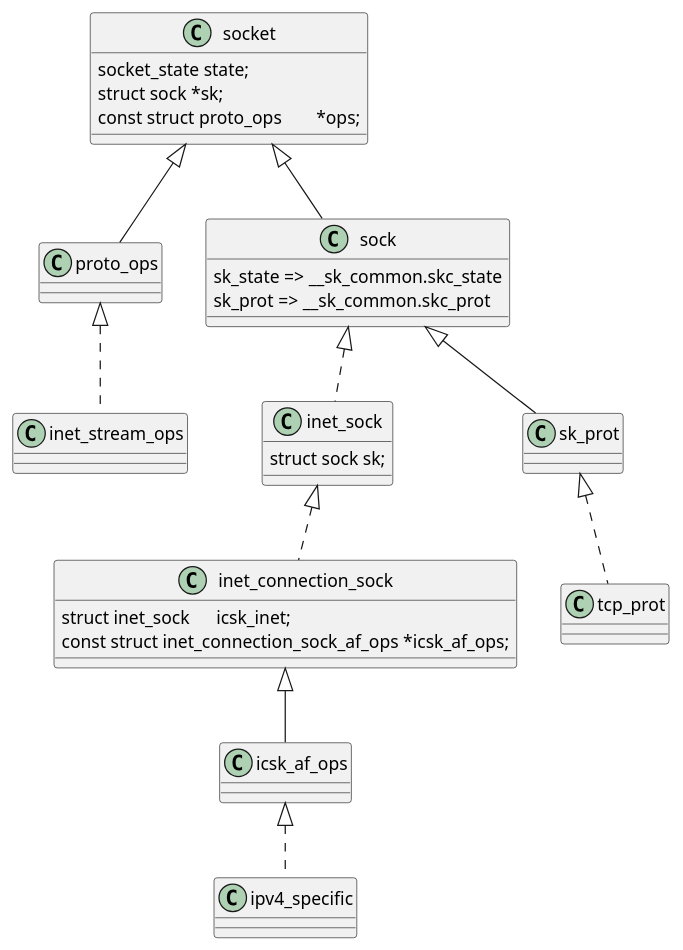
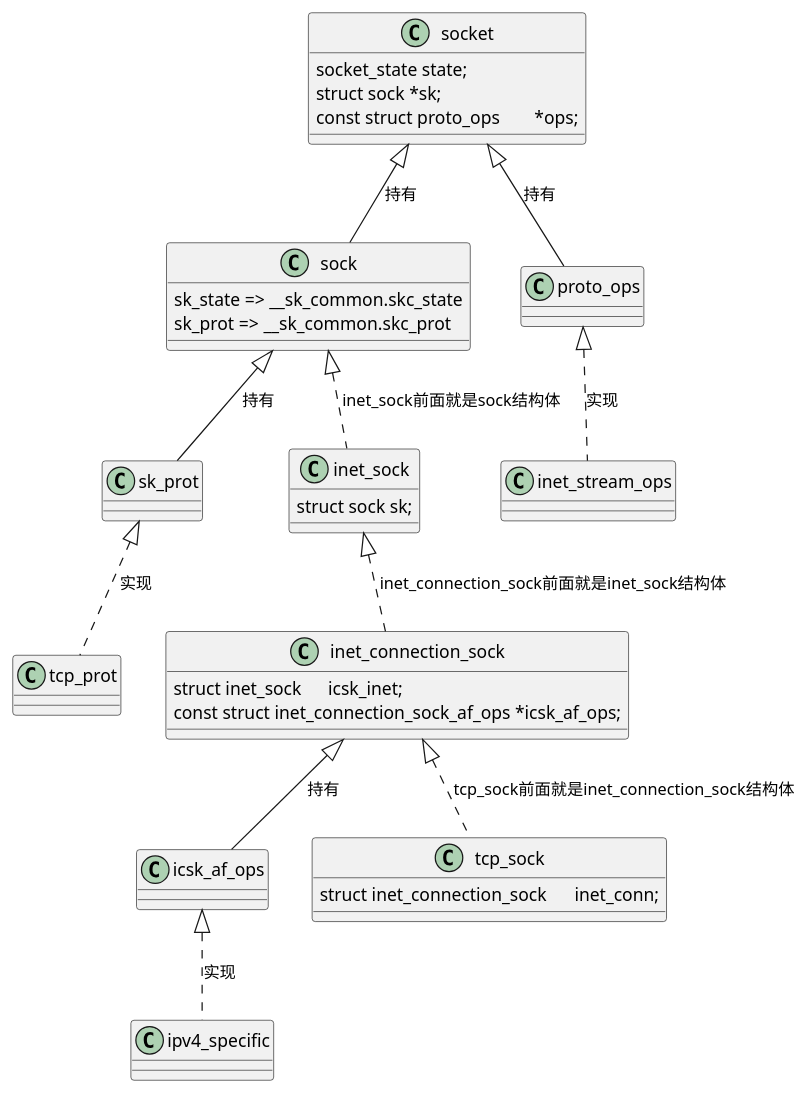
The first of 4 diagrams in content/docs/linux/linux-kernel/net/ipv4/tcp/_index.md (Githubwyb/md-books), drawn with PlantUML before and after one commit. The commit also changed other lines of this file and 73 other files, not shown here.

````diff
--- a/content/docs/linux/linux-kernel/net/ipv4/tcp/_index.md
+++ b/content/docs/linux/linux-kernel/net/ipv4/tcp/_index.md
@@ -9,38 +16,48 @@
 ```plantuml
 @startuml xxx
 
 class socket {
 	socket_state state;
     struct sock *sk;
     const struct proto_ops	*ops;
 }
 
 class proto_ops {}
 
-class inet_stream_ops implements proto_ops {}
+class inet_stream_ops {}
+inet_stream_ops .up.|> proto_ops: 实现
 
 class sock {
 	sk_state => __sk_common.skc_state
     sk_prot => __sk_common.skc_prot
 }
-class inet_sock implements sock {
+class inet_sock {
     struct sock sk;
 }
-class inet_connection_sock implements inet_sock {
+inet_sock .up.|> sock: inet_sock前面就是sock结构体
+class inet_connection_sock  {
 	struct inet_sock	  icsk_inet;
 	const struct inet_connection_sock_af_ops *icsk_af_ops;
 }
+inet_connection_sock .up.|> inet_sock: inet_connection_sock前面就是inet_sock结构体
+class tcp_sock  {
+	struct inet_connection_sock	inet_conn;
+}
+tcp_sock .up.|> inet_connection_sock: tcp_sock前面就是inet_connection_sock结构体
 
 class sk_prot {}
-class tcp_prot implements sk_prot {}
+class tcp_prot {}
+tcp_prot .up.|> sk_prot: 实现
 
-sock <|-- sk_prot
-socket <|-- proto_ops
-socket <|-- sock
+sock <|-- sk_prot: 持有
+socket <|-- proto_ops: 持有
+socket <|-- sock: 持有
 
 class icsk_af_ops {}
-class ipv4_specific implements icsk_af_ops {}
-inet_connection_sock <|-- icsk_af_ops
+class ipv4_specific {}
+ipv4_specific .up.|> icsk_af_ops: 实现
+
+inet_connection_sock <|-- icsk_af_ops: 持有
 
 @enduml
 ```
````
